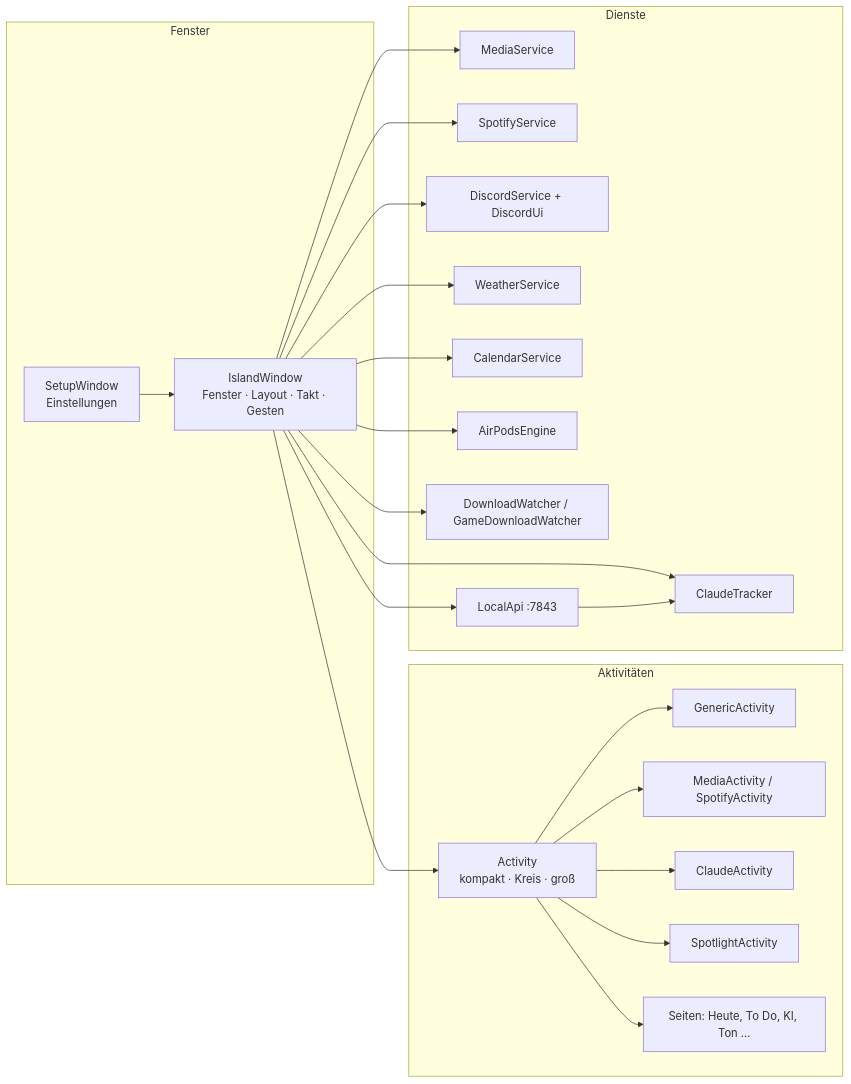
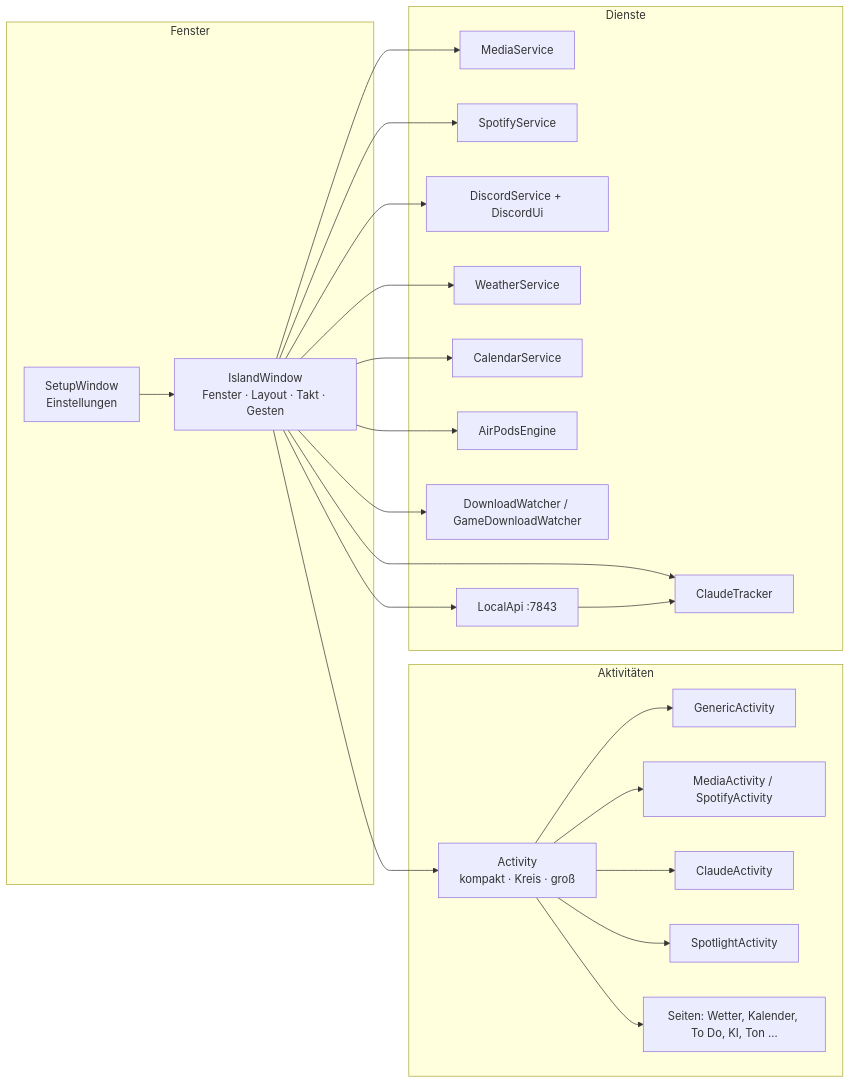
The diagram in SPEZIFIKATION.md (SNIWI/DieGeileInsel), drawn with Mermaid before and after one commit. The commit also changed other lines of this file and 19 other files, not shown here.

First line of the commit message:
Version 1.3: Wetter und Kalender getrennt, Seiten-Schrift einstellbar, neue Animationen

````diff
--- a/SPEZIFIKATION.md
+++ b/SPEZIFIKATION.md
@@ -35,31 +35,31 @@
 ```mermaid
 flowchart LR
     subgraph Fenster
         IW[IslandWindow<br/>Fenster · Layout · Takt · Gesten]
         SW[SetupWindow<br/>Einstellungen]
     end
     subgraph Aktivitäten
         A[Activity<br/>kompakt · Kreis · groß]
         GA[GenericActivity]
         PL[MediaActivity / SpotifyActivity]
         CL[ClaudeActivity]
         SP[SpotlightActivity]
-        PG[Seiten: Heute, To Do, KI, Ton …]
+        PG[Seiten: Wetter, Kalender, To Do, KI, Ton …]
     end
     subgraph Dienste
         MS[MediaService]
         SPS[SpotifyService]
         DS[DiscordService + DiscordUi]
         CT[ClaudeTracker]
         WS[WeatherService]
         CS[CalendarService]
         AP[AirPodsEngine]
         DL[DownloadWatcher / GameDownloadWatcher]
         API[LocalApi :7843]
     end
     IW --> A
     A --> GA & PL & CL & SP & PG
     IW --> MS & SPS & DS & CT & WS & CS & AP & DL & API
     API --> CT
     SW --> IW
 ```
````
